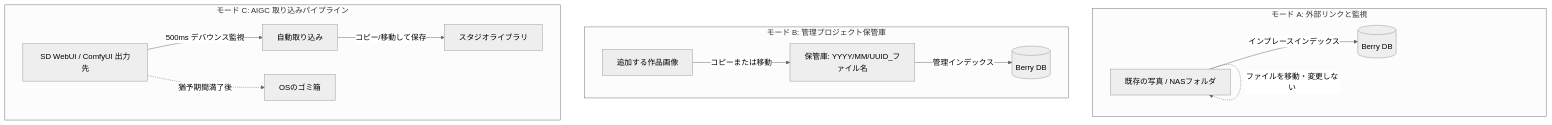
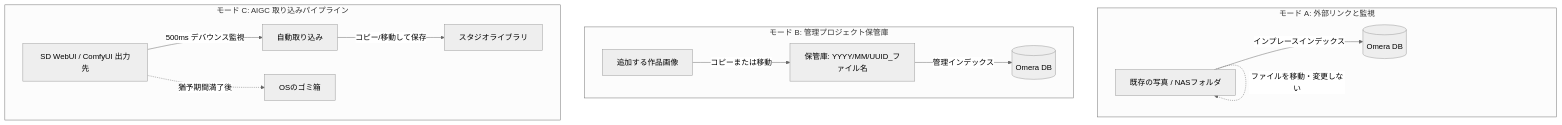
Before and after one commit to BerryUIKI/Berry-AI-Studio: the diagram in docs/wiki/ja/02-library-management/folder-modes-and-import.md, drawn with Mermaid (neutral theme). The commit also changed other lines of this file and 224 other files, not shown here.

````diff
--- a/docs/wiki/ja/02-library-management/folder-modes-and-import.md
+++ b/docs/wiki/ja/02-library-management/folder-modes-and-import.md
@@ -11,18 +11,18 @@
 ```mermaid
 graph TD
     subgraph モード A: 外部リンクと監視
-        A1[既存の写真 / NASフォルダ] -->|インプレースインデックス| A2[(Berry DB)]
+        A1[既存の写真 / NASフォルダ] -->|インプレースインデックス| A2[(Omera DB)]
         A1 -.->|ファイルを移動・変更しない| A1
     end
 
     subgraph モード B: 管理プロジェクト保管庫
         B1[追加する作品画像] -->|コピーまたは移動| B2[保管庫: YYYY/MM/UUID_ファイル名]
-        B2 -->|管理インデックス| B3[(Berry DB)]
+        B2 -->|管理インデックス| B3[(Omera DB)]
     end
 
     subgraph モード C: AIGC 取り込みパイプライン
         C1[SD WebUI / ComfyUI 出力先] -->|500ms デバウンス監視| C2[自動取り込み]
         C2 -->|コピー/移動して保存| C3[スタジオライブラリ]
         C1 -.->|猶予期間満了後| C4[OSのゴミ箱]
     end
 ```
````
